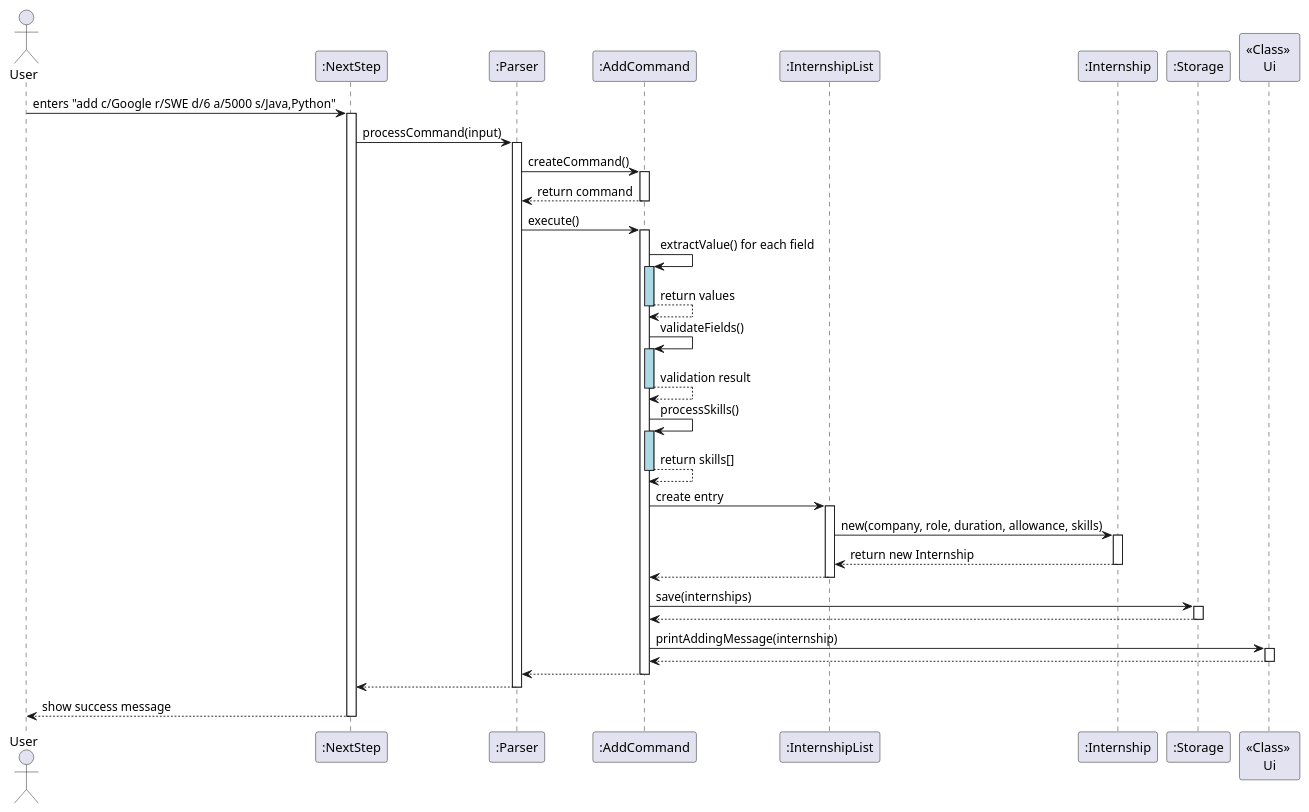
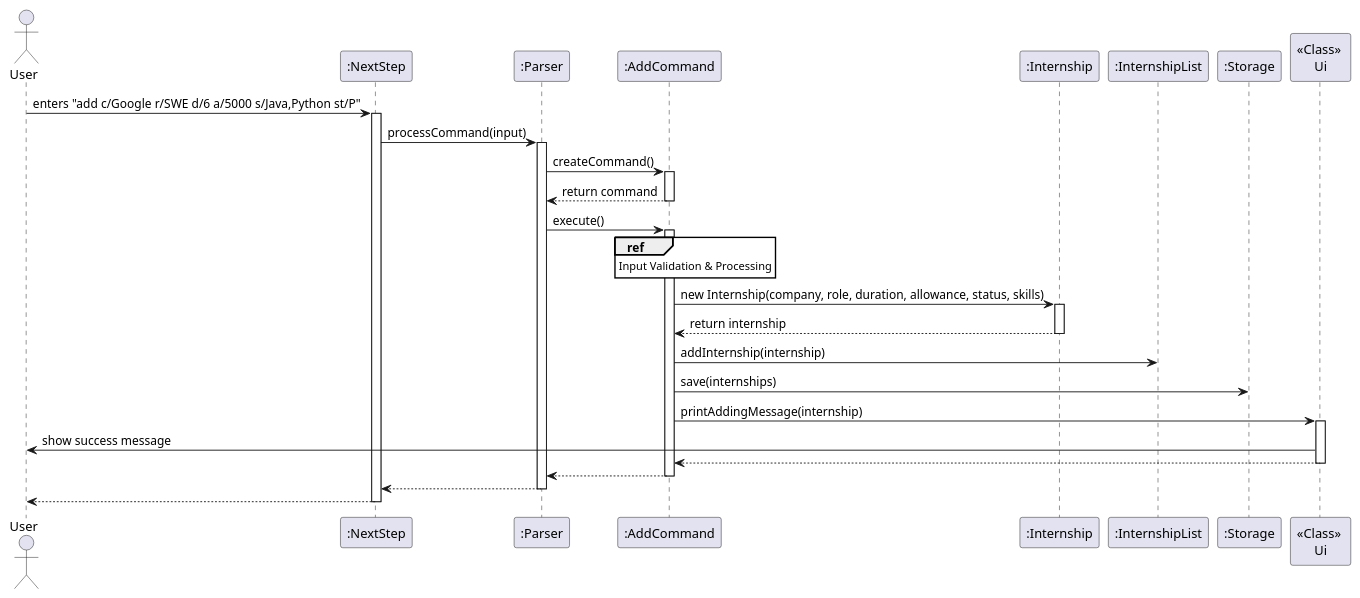
The diagram in docs/diagrams/addCommandSequence.puml (xyanjun02/tp), drawn with PlantUML before and after one commit. The commit also changed 11 other files, not shown here.

Commit message:
Updated diagrams for dg

```diff
--- a/docs/diagrams/addCommandSequence.puml
+++ b/docs/diagrams/addCommandSequence.puml
@@ -1,69 +1,53 @@
 @startuml
-'https://plantuml.com/sequence-diagram
-
 actor User
 participant ":NextStep" as NextStep
 participant ":Parser" as Parser
 participant ":AddCommand" as AddCommand
+participant ":Internship" as Internship
 participant ":InternshipList" as InternshipList
-participant ":Internship" as Internship
 participant ":Storage" as Storage
 participant "<<Class>> \nUi" as Ui
+skinparam sequenceReferenceBackgroundColor white
 
-User -> NextStep : enters "add c/Google r/SWE d/6 a/5000 s/Java,Python"
+User -> NextStep : enters "add c/Google r/SWE d/6 a/5000 s/Java,Python st/P"
 activate NextStep
 
 NextStep -> Parser : processCommand(input)
 activate Parser
 
 Parser -> AddCommand : createCommand()
 activate AddCommand
 AddCommand --> Parser : return command
 deactivate AddCommand
 
 Parser -> AddCommand : execute()
 activate AddCommand
 
-AddCommand -> AddCommand : extractValue() for each field
-activate AddCommand #lightblue
-AddCommand --> AddCommand : return values
-deactivate AddCommand
+ref over AddCommand
+  Input Validation & Processing
+end ref
 
-AddCommand -> AddCommand : validateFields()
-activate AddCommand #lightblue
-AddCommand --> AddCommand : validation result
-deactivate AddCommand
+AddCommand -> Internship : new Internship(company, role, duration, allowance, status, skills)
+activate Internship
+Internship --> AddCommand : return internship
+deactivate Internship
 
-AddCommand -> AddCommand : processSkills()
-activate AddCommand #lightblue
-AddCommand --> AddCommand : return skills[]
-deactivate AddCommand
-
-AddCommand -> InternshipList : create entry
-activate InternshipList
-InternshipList -> Internship : new(company, role, duration, allowance, skills)
-activate Internship
-Internship --> InternshipList : return new Internship
-deactivate Internship
-InternshipList --> AddCommand
-deactivate InternshipList
+AddCommand -> InternshipList : addInternship(internship)
 
 AddCommand -> Storage : save(internships)
-activate Storage
-Storage --> AddCommand
-deactivate Storage
 
 AddCommand -> Ui : printAddingMessage(internship)
 activate Ui
+Ui -> User : show success message
 Ui --> AddCommand
 deactivate Ui
 
 AddCommand --> Parser
 deactivate AddCommand
 
 Parser --> NextStep
 deactivate Parser
 
-NextStep --> User : show success message
+NextStep --> User
 deactivate NextStep
 @enduml
```
